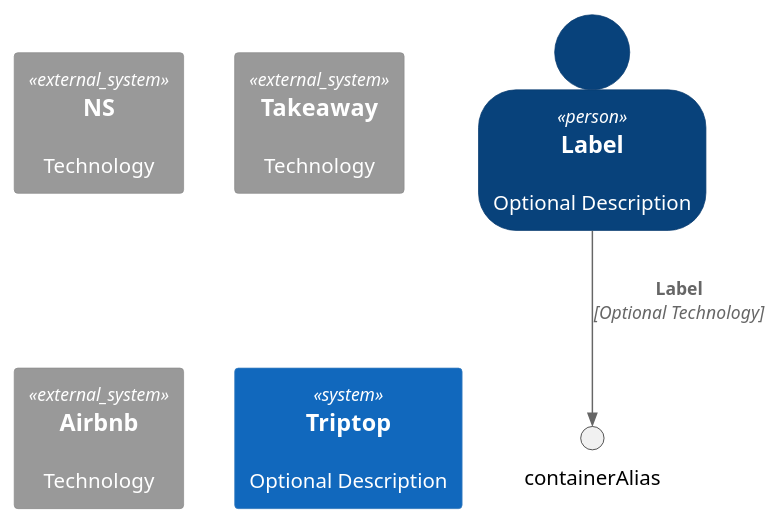
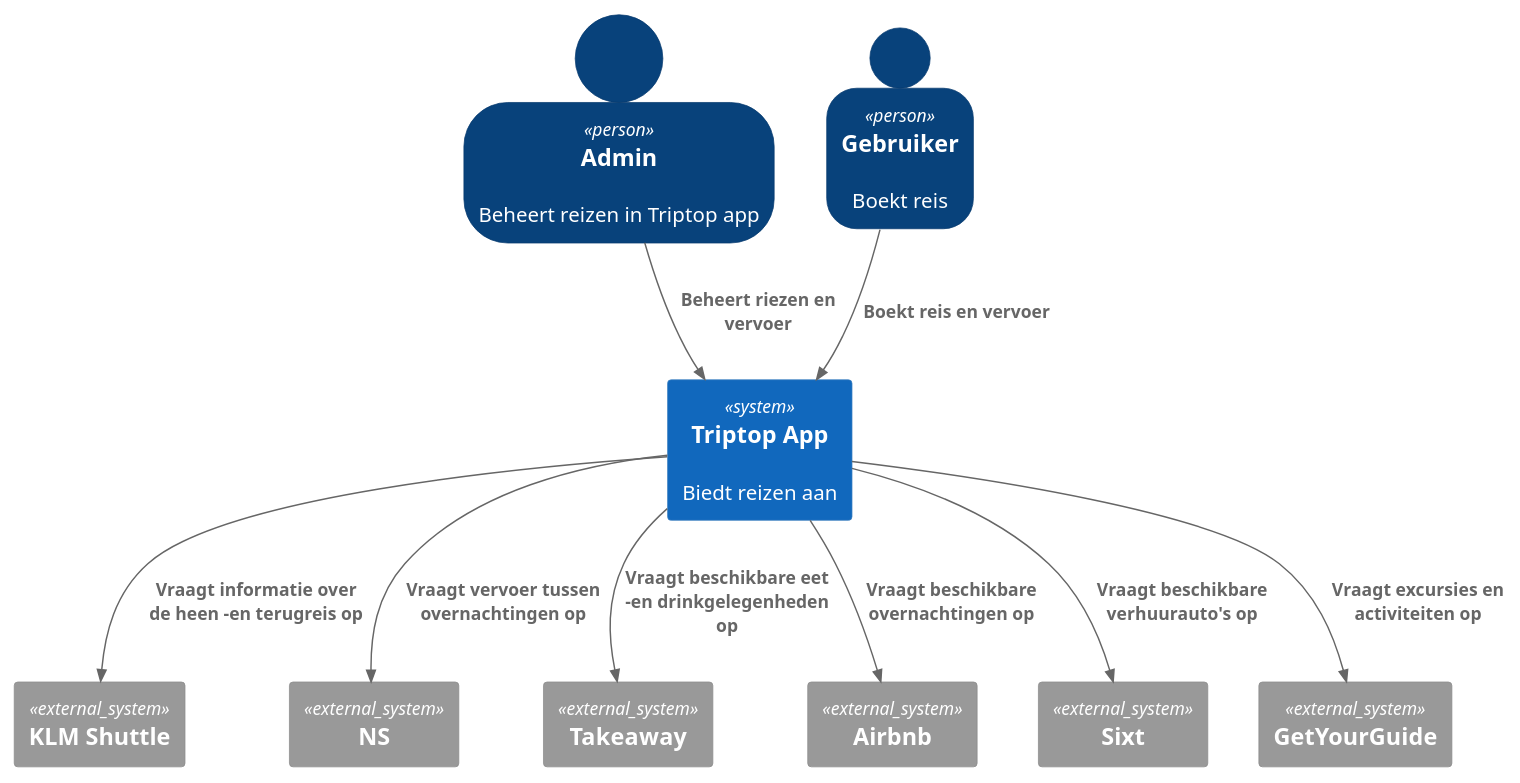
The diagram in Context-diagrams/Quinn-Diagram.puml (AIM-ENE-feb25/triptop-sqr-tech), drawn with PlantUML before and after one commit.

Commit message:
Quinn Context-diagram UML

```diff
--- a/Context-diagrams/Quinn-Diagram.puml
+++ b/Context-diagrams/Quinn-Diagram.puml
@@ -1,14 +1,25 @@
 @startuml C4_Elements
 !include https://raw.githubusercontent.com/plantuml-stdlib/C4-PlantUML/master/C4_Container.puml
 
 SHOW_PERSON_OUTLINE()
-Person(personAlias, "Label", "Optional Description")
+Person(AdminAlias, "Admin", "Beheert reizen in Triptop app")
+Person(GebruikerAlias, "Gebruiker", "Boekt reis")
+System_Ext(containerAlias, "KLM Shuttle")
+System_Ext(containerAlias2, "NS")
+System_Ext(containerAlias3, "Takeaway")
+System_Ext(containerAlias4, "Airbnb")
+System_Ext(containerAlias5, "Sixt")
+System_Ext(containerAlias6, "GetYourGuide")
 
-System_Ext(containerAlias2, "NS", "Technology")
-System_Ext(containerAlias3, "Takeaway", "Technology")
-System_Ext(containerAlias4, "Airbnb", "Technology")
 
-System(systemAlias, "Triptop", "Optional Description")
+System(systemAlias, "Triptop App", "Biedt reizen aan")
 
-Rel(personAlias, containerAlias, "Label", "Optional Technology")
+Rel(AdminAlias, systemAlias, "Beheert riezen en vervoer")
+Rel(GebruikerAlias, systemAlias, "Boekt reis en vervoer")
+Rel(systemAlias, containerAlias, "Vraagt informatie over de heen -en terugreis op")
+Rel(systemAlias, containerAlias2, "Vraagt vervoer tussen overnachtingen op")
+Rel(systemAlias, containerAlias3, "Vraagt beschikbare eet -en drinkgelegenheden op")
+Rel(systemAlias, containerAlias4, "Vraagt beschikbare overnachtingen op")
+Rel(systemAlias, containerAlias5, "Vraagt beschikbare verhuurauto's op" )
+Rel(systemAlias, containerAlias6, "Vraagt excursies en activiteiten op")
 @enduml
```
